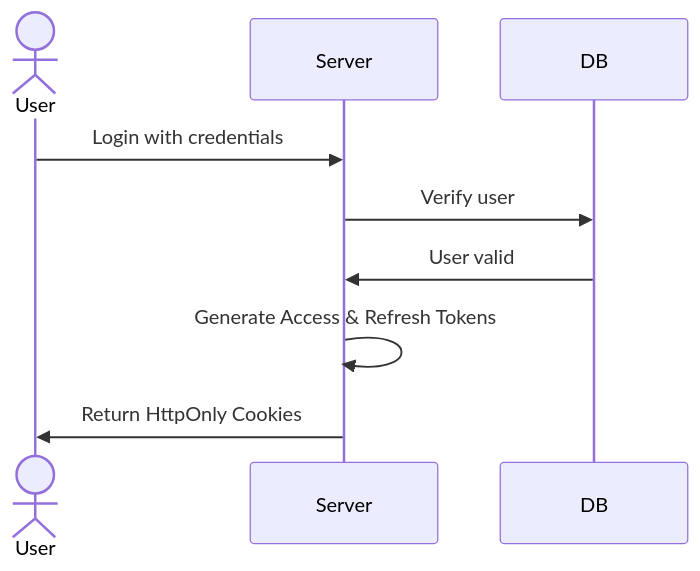
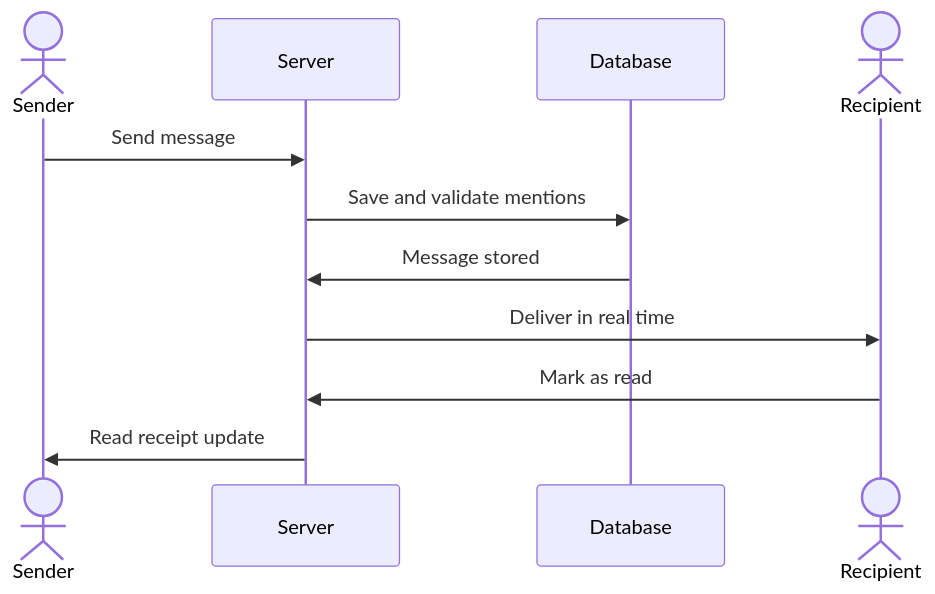
The fourth of 4 diagrams in server/README.md (obed-smart/Huddle), drawn with Mermaid before and after one commit. The commit also changed other lines of this file and 12 other files, not shown here.

````diff
--- a/server/README.md
+++ b/server/README.md
@@ -55,12 +74,14 @@
 ```mermaid
 sequenceDiagram
-  actor User
+  actor Sender
   participant Server
-  participant Database as DB
+  participant Database
+  actor Recipient
 
-  User->>Server: Login with credentials
-  Server->>Database: Verify user
-  Database->>Server: User valid
-  Server->>Server: Generate Access & Refresh Tokens
-  Server->>User: Return HttpOnly Cookies
+  Sender->>Server: Send message
+  Server->>Database: Save and validate mentions
+  Database->>Server: Message stored
+  Server->>Recipient: Deliver in real time
+  Recipient->>Server: Mark as read
+  Server->>Sender: Read receipt update
 ```
````
